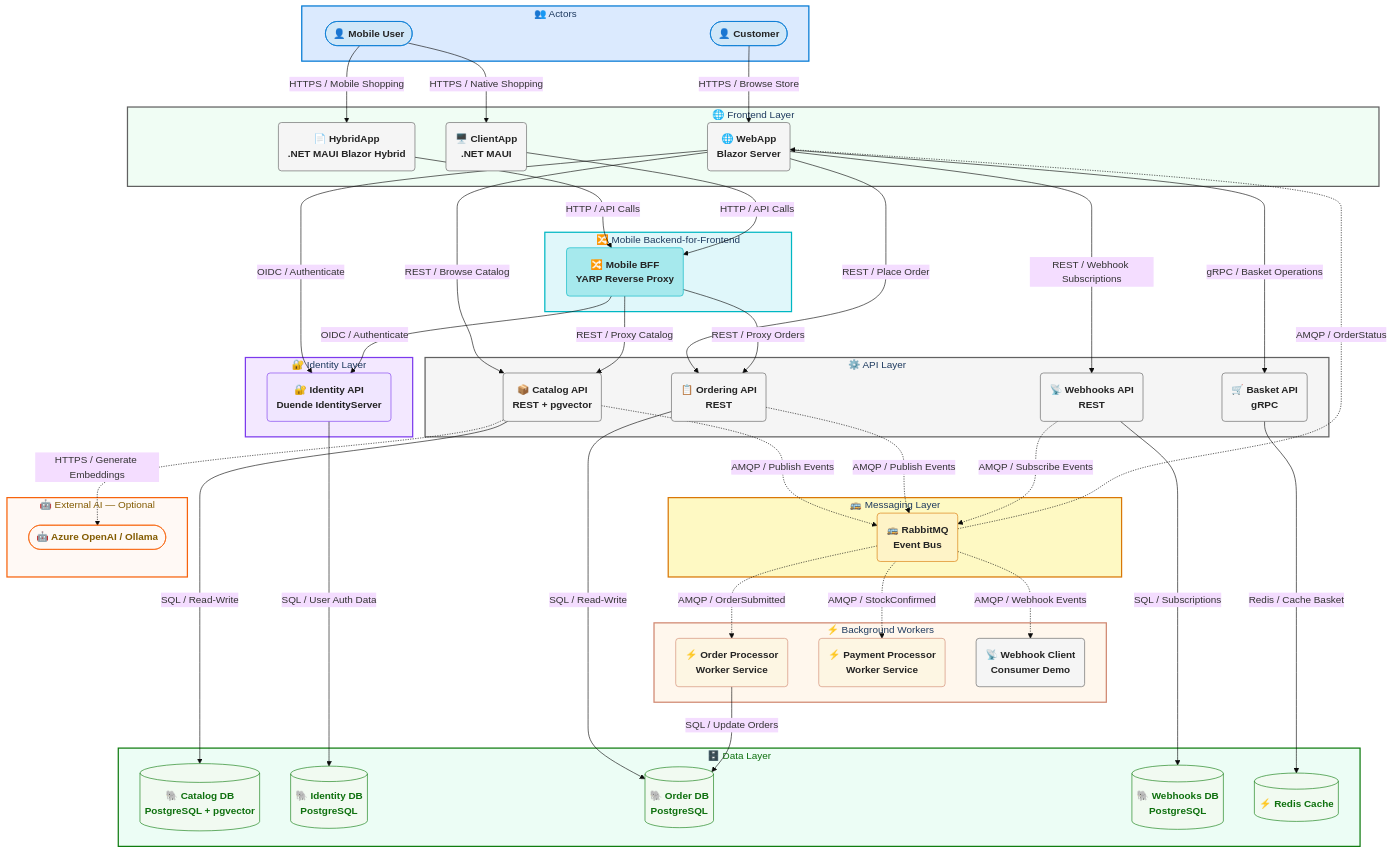
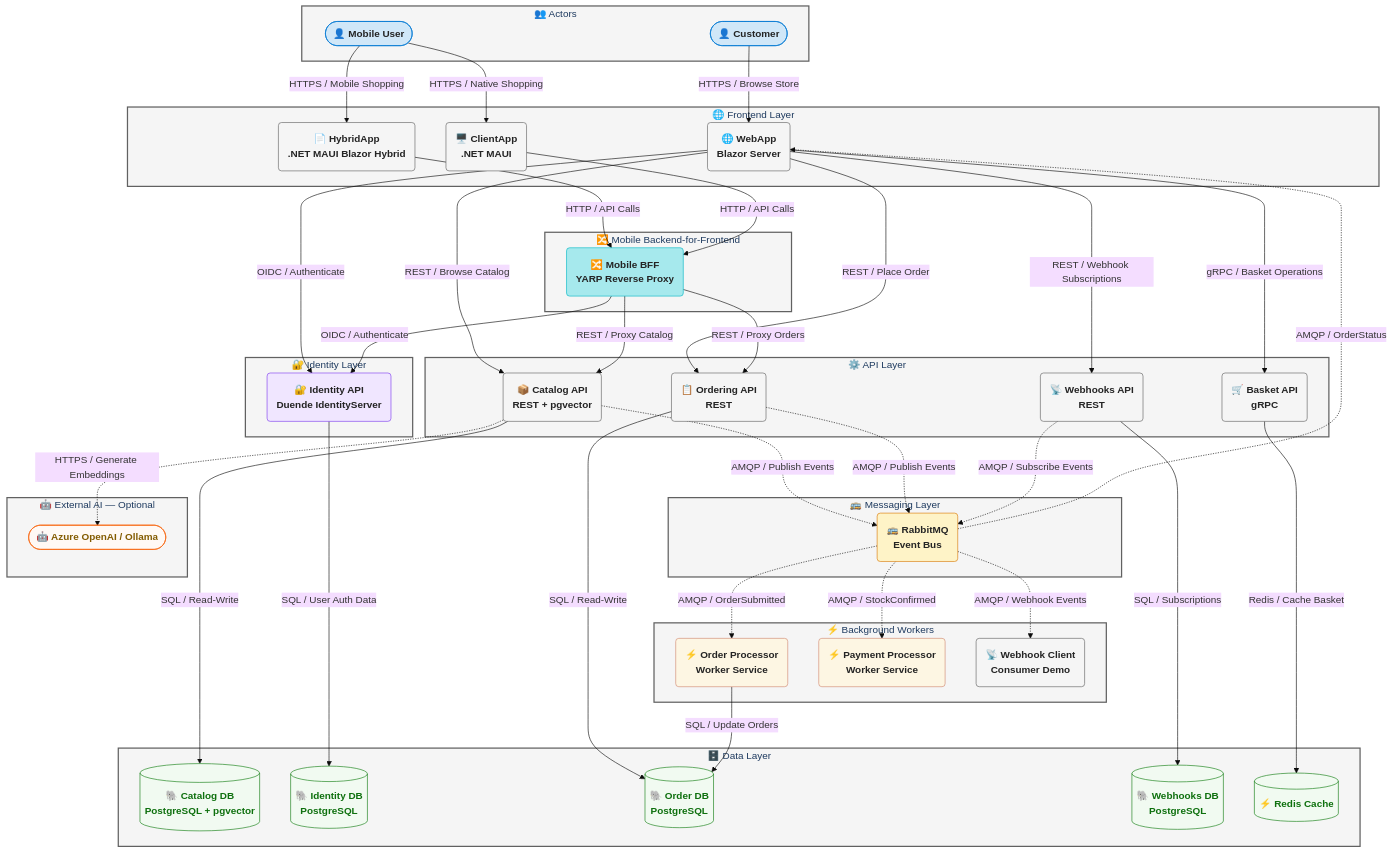
One commit to Evilazaro/eShop changed the diagram in README.md. Above: the diagram before and after it, drawn with Mermaid.

Commit message:
refactor: update diagram styles in README.md for consistency and improved readability

````diff
--- a/README.md
+++ b/README.md
@@ -158,13 +158,13 @@
   class RABBITMQ messaging
 
   %% ── Subgraph Styles ──────────────────────────────────────────────────────────
-  style ACTORS          fill:#dbeafe,stroke:#0078d4,color:#1e3a5f,stroke-width:2px
-  style FRONTEND        fill:#f0fdf4,stroke:#616161,color:#1e3a5f,stroke-width:2px
-  style BFF             fill:#e0f7fa,stroke:#00b7c3,color:#1e3a5f,stroke-width:2px
-  style IDENTITY_LAYER  fill:#f3e8ff,stroke:#7c3aed,color:#1e3a5f,stroke-width:2px
+  style ACTORS          fill:#f5f5f5,stroke:#616161,color:#1e3a5f,stroke-width:2px
+  style FRONTEND        fill:#f5f5f5,stroke:#616161,color:#1e3a5f,stroke-width:2px
+  style BFF             fill:#f5f5f5,stroke:#616161,color:#1e3a5f,stroke-width:2px
+  style IDENTITY_LAYER  fill:#f5f5f5,stroke:#616161,color:#1e3a5f,stroke-width:2px
   style API_LAYER       fill:#f5f5f5,stroke:#616161,color:#1e3a5f,stroke-width:2px
-  style MESSAGING_LAYER fill:#fef9c3,stroke:#d97706,color:#1e3a5f,stroke-width:2px
-  style WORKERS         fill:#fff7ed,stroke:#d08770,color:#1e3a5f,stroke-width:2px
-  style DATA            fill:#ecfdf5,stroke:#107c10,color:#0e700e,stroke-width:2px
-  style EXT_AI          fill:#fff9f5,stroke:#f7630c,color:#835b00,stroke-width:2px
+  style MESSAGING_LAYER fill:#f5f5f5,stroke:#616161,color:#1e3a5f,stroke-width:2px
+  style WORKERS         fill:#f5f5f5,stroke:#616161,color:#1e3a5f,stroke-width:2px
+  style DATA            fill:#f5f5f5,stroke:#616161,color:#1e3a5f,stroke-width:2px
+  style EXT_AI          fill:#f5f5f5,stroke:#616161,color:#1e3a5f,stroke-width:2px
 ```
````
